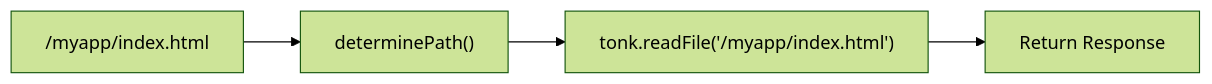
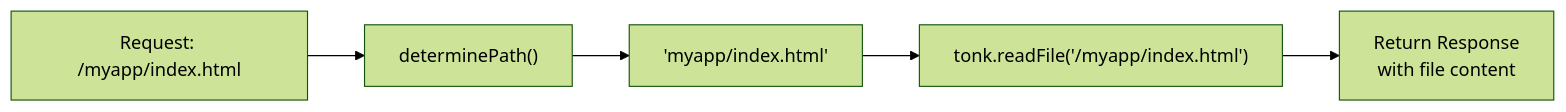
One commit to tonk-labs/tonk changed the fourth of 6 diagrams in packages/launcher/docs/architecture.md. Above: the diagram before and after it, drawn with Mermaid (forest theme). The commit also changed other lines of this file, not shown here.

Commit message:
fix(docs): update architecture doc with @ jackddouglas changes

````diff
--- a/packages/launcher/docs/architecture.md
+++ b/packages/launcher/docs/architecture.md
@@ -136,6 +164,7 @@
 ```mermaid
 flowchart LR
-    A["/myapp/index.html"] --> B["determinePath()"]
-    B --> C["tonk.readFile('/myapp/index.html')"]
-    C --> D[Return Response]
+    A["Request: /myapp/index.html"] --> B["determinePath()"]
+    B --> C["'myapp/index.html'"]
+    C --> D["tonk.readFile('/myapp/index.html')"]
+    D --> E["Return Response<br/>with file content"]
 ```
````
